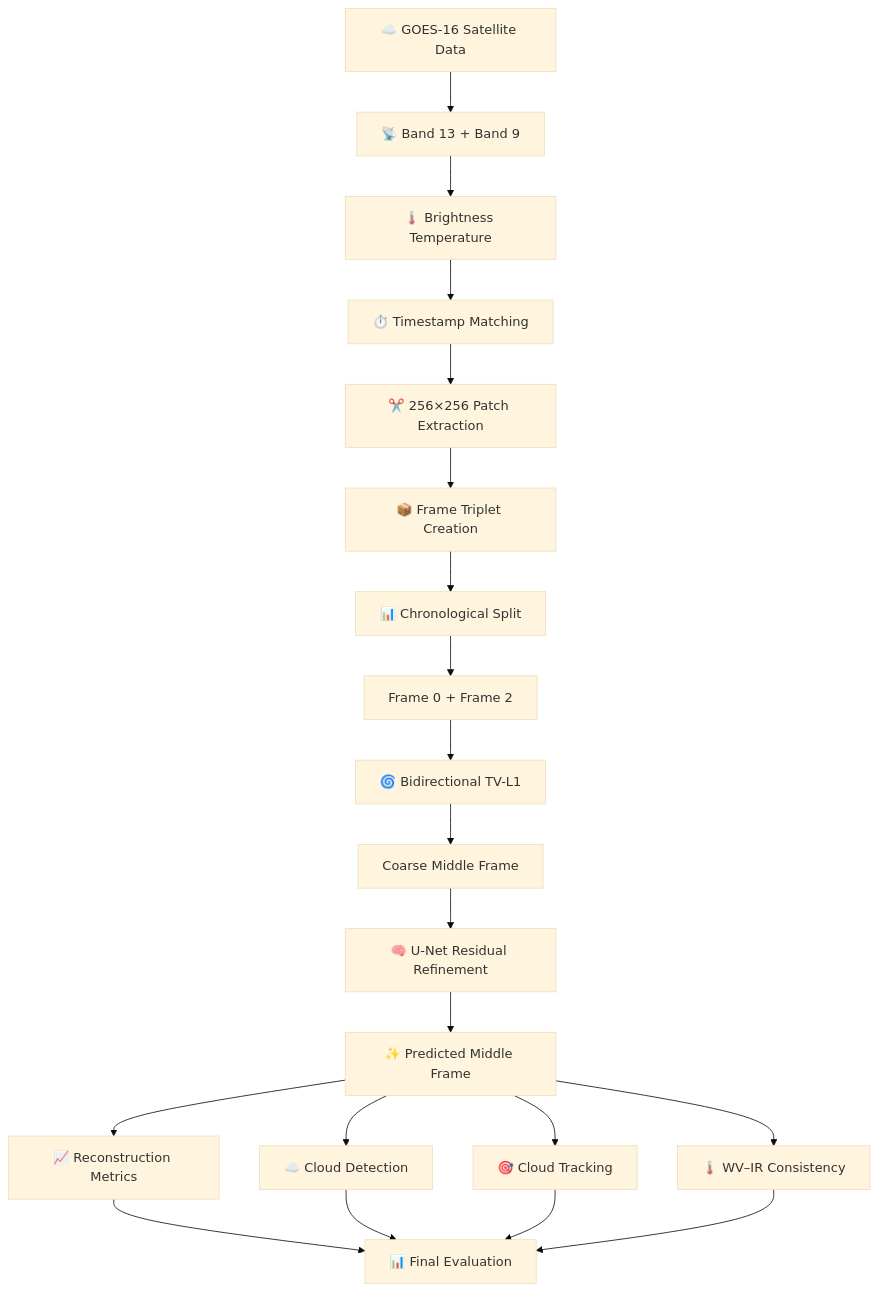
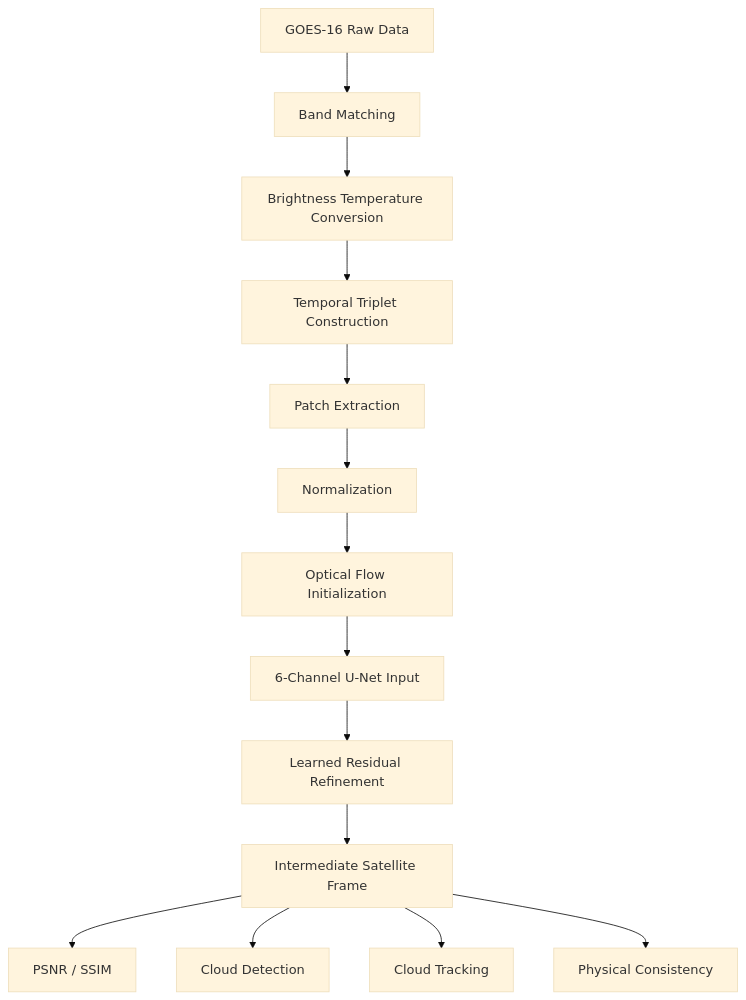
The fourth of 4 diagrams in README.md (SrimathiSubbiah/Increasing_Temporal_Resolution_Of_Geostationary_Satellite), drawn with Mermaid (base theme) before and after one commit. The commit also changed other lines of this file, not shown here.

````diff
--- a/README.md
+++ b/README.md
@@ -270,39 +406,30 @@
 ```mermaid
 flowchart TD
 
-    A["☁️ GOES-16 Satellite Data"] 
-    --> B["📡 Band 13 + Band 9"]
+A[GOES-16 Raw Data]
+--> B[Band Matching]
 
-    B --> C["🌡️ Brightness Temperature"]
+B --> C[Brightness Temperature Conversion]
 
-    C --> D["⏱️ Timestamp Matching"]
+C --> D[Temporal Triplet Construction]
 
-    D --> E["✂️ 256×256 Patch Extraction"]
+D --> E[Patch Extraction]
 
-    E --> F["📦 Frame Triplet Creation"]
+E --> F[Normalization]
 
-    F --> G["📊 Chronological Split"]
+F --> G[Optical Flow Initialization]
 
-    G --> H["Frame 0 + Frame 2"]
+G --> H[6-Channel U-Net Input]
 
-    H --> I["🌀 Bidirectional TV-L1"]
+H --> I[Learned Residual Refinement]
 
-    I --> J["Coarse Middle Frame"]
+I --> J[Intermediate Satellite Frame]
 
-    J --> K["🧠 U-Net Residual Refinement"]
+J --> K[PSNR / SSIM]
 
-    K --> L["✨ Predicted Middle Frame"]
+J --> L[Cloud Detection]
 
-    L --> M["📈 Reconstruction Metrics"]
+J --> M[Cloud Tracking]
 
-    L --> N["☁️ Cloud Detection"]
-
-    L --> O["🎯 Cloud Tracking"]
-
-    L --> P["🌡️ WV–IR Consistency"]
-
-    M --> Q["📊 Final Evaluation"]
-    N --> Q
-    O --> Q
-    P --> Q
+J --> N[Physical Consistency]
 ```
````
